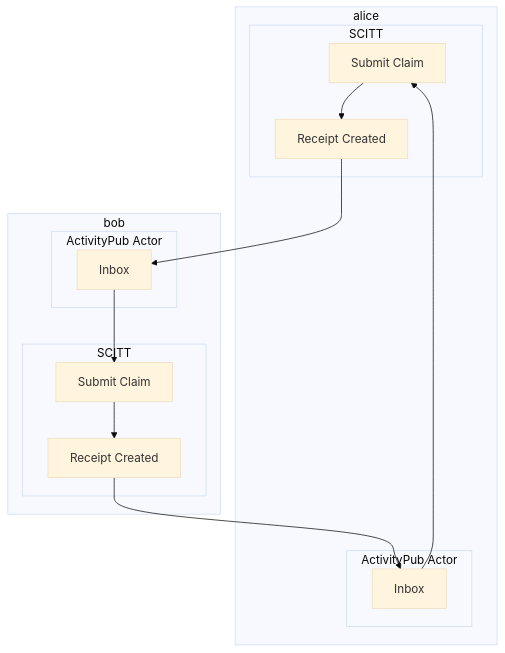
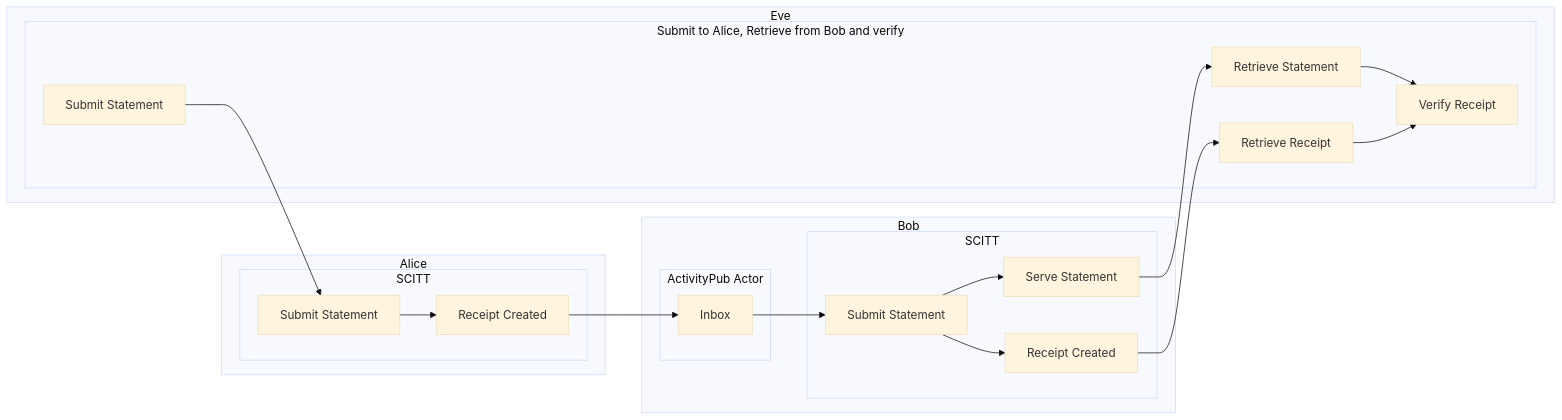
One commit to scitt-community/scitt-api-emulator changed the diagram in docs/federation_activitypub.md. Above: the diagram before and after it, drawn with Mermaid (base theme). The commit also changed other lines of this file, not shown here.

Commit message:
Update federation_activitypub;

````diff
--- a/docs/federation_activitypub.md
+++ b/docs/federation_activitypub.md
@@ -16,32 +16,43 @@
 ```mermaid
-flowchart TD
-    subgraph alice
+flowchart LR
+    subgraph alice[Alice]
       subgraph aliceSCITT[SCITT]
-        alice_submit_claim[Submit Claim]
+        alice_submit_claim[Submit Statement]
         alice_receipt_created[Receipt Created]
 
         alice_submit_claim --> alice_receipt_created
       end
-      subgraph aliceActivityPubActor[ActivityPub Actor]
-        alice_inbox[Inbox]
-      end
-
-      alice_inbox --> alice_submit_claim
     end
-    subgraph bob
+    subgraph bob[Bob]
       subgraph bobSCITT[SCITT]
-        bob_submit_claim[Submit Claim]
+        bob_submit_claim[Submit Statement]
         bob_receipt_created[Receipt Created]
+        bob_make_statement_available_created[Serve Statement]
 
         bob_submit_claim --> bob_receipt_created
+        bob_submit_claim --> bob_make_statement_available_created
       end
       subgraph bobActivityPubActor[ActivityPub Actor]
         bob_inbox[Inbox]
       end
 
       bob_inbox --> bob_submit_claim
     end
+    subgraph eve[Eve]
+      subgraph eve_client[Submit to Alice, Retrieve from Bob and verify]
+        eve_submit_claim[Submit Statement]
+        eve_retrieve_statement[Retrieve Statement]
+        eve_retrieve_receipt[Retrieve Receipt]
+        eve_verify_receipt[Verify Receipt]
+      end
+    end
+
+    eve_submit_claim --> alice_submit_claim
+
+    eve_retrieve_statement --> eve_verify_receipt
+    eve_retrieve_receipt --> eve_verify_receipt
+    bob_make_statement_available_created --> eve_retrieve_statement
+    bob_receipt_created --> eve_retrieve_receipt
 
     alice_receipt_created --> bob_inbox
-    bob_receipt_created --> alice_inbox
 ```
````
